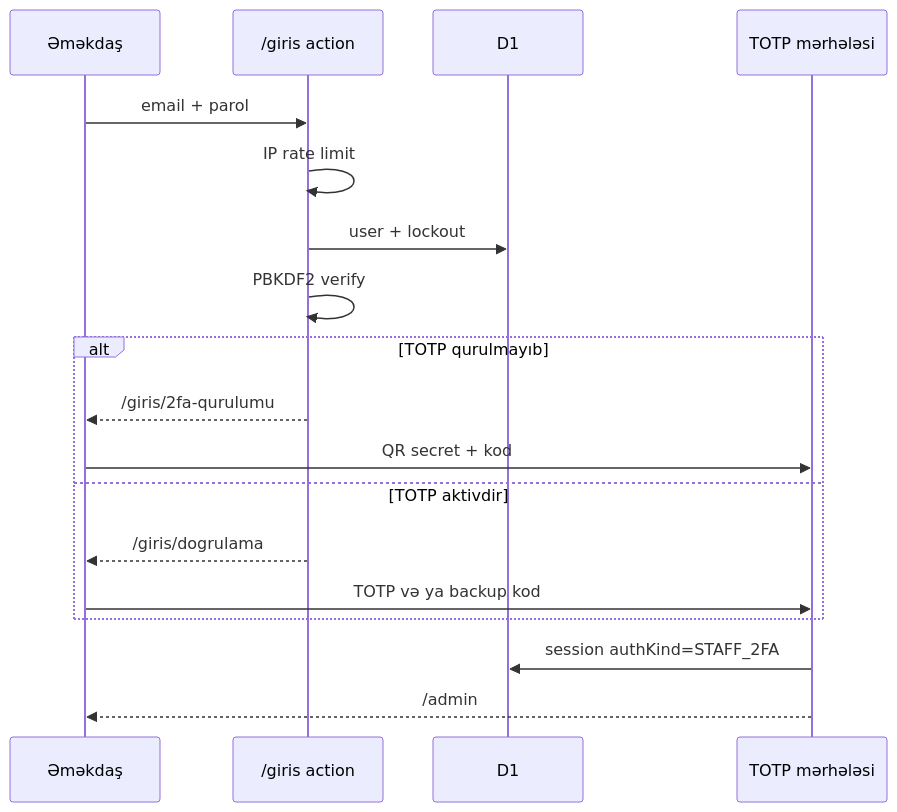
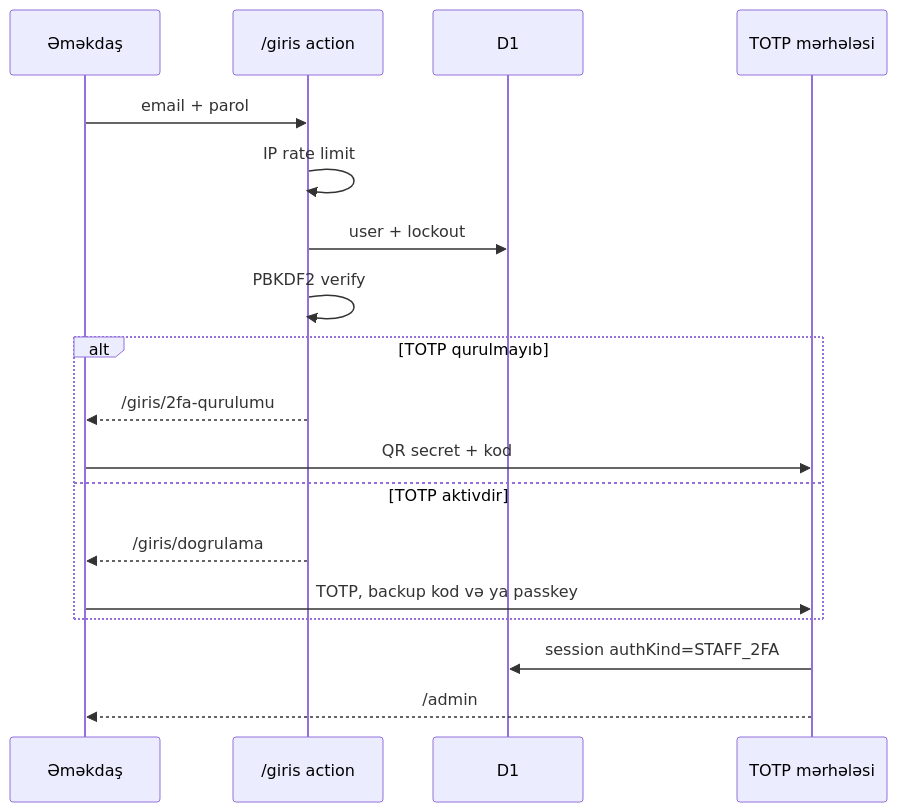
Before and after one commit to MuradoffTehmez/LuxeHome: the second of 2 diagrams in Wiki/Security-and-Authentication.md, drawn with Mermaid. The commit also changed other lines of this file and 21 other files, not shown here.

````diff
--- a/Wiki/Security-and-Authentication.md
+++ b/Wiki/Security-and-Authentication.md
@@ -44,21 +44,21 @@
 ```mermaid
 sequenceDiagram
     participant U as Əməkdaş
     participant L as /giris action
     participant DB as D1
     participant T as TOTP mərhələsi
 
     U->>L: email + parol
     L->>L: IP rate limit
     L->>DB: user + lockout
     L->>L: PBKDF2 verify
     alt TOTP qurulmayıb
         L-->>U: /giris/2fa-qurulumu
         U->>T: QR secret + kod
     else TOTP aktivdir
         L-->>U: /giris/dogrulama
-        U->>T: TOTP və ya backup kod
+        U->>T: TOTP, backup kod və ya passkey
     end
     T->>DB: session authKind=STAFF_2FA
     T-->>U: /admin
 ```
````
